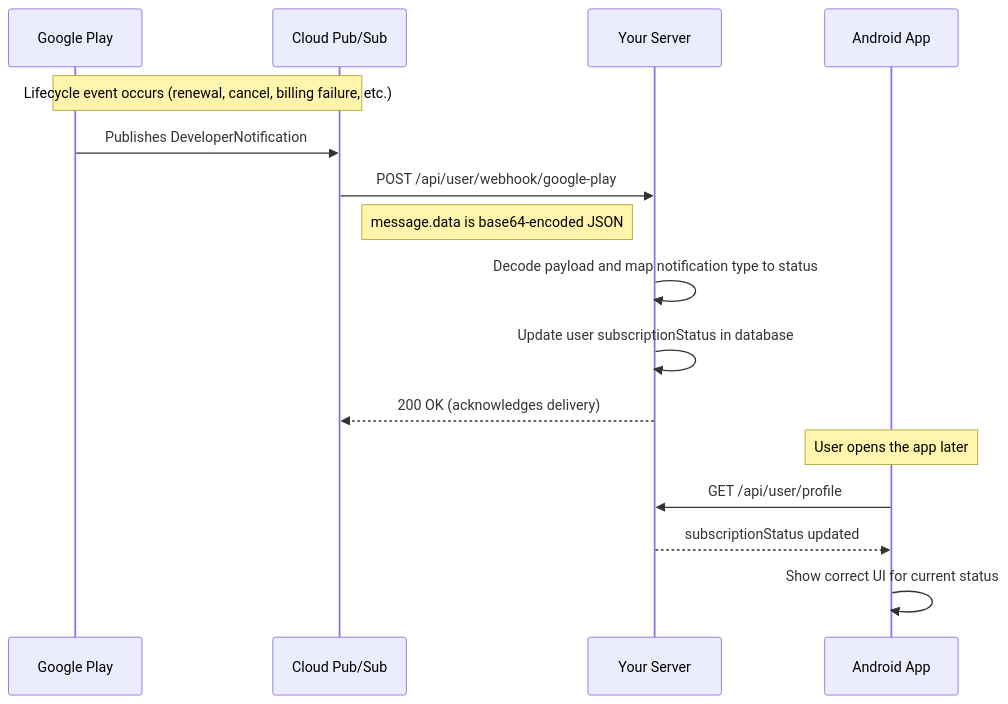
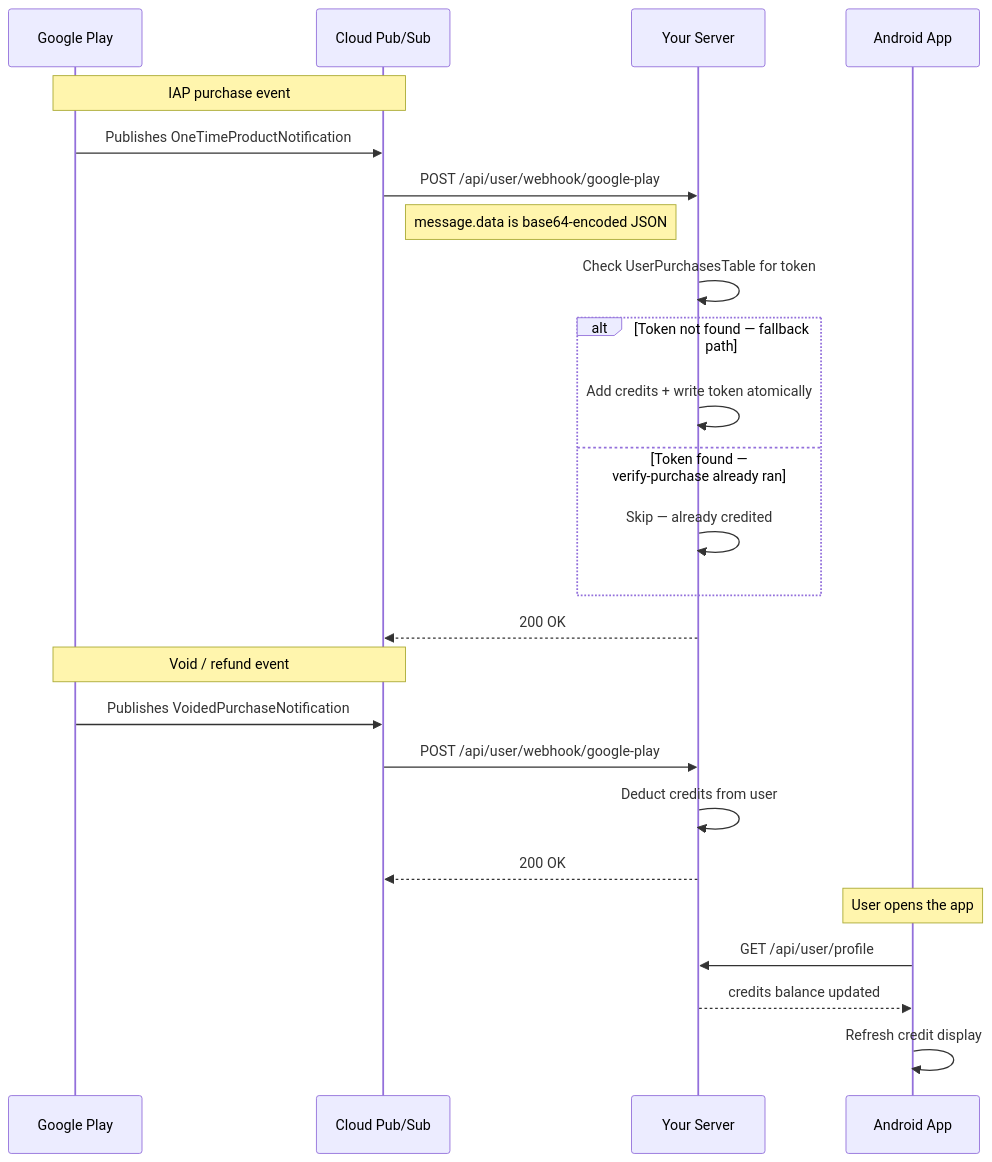
Before and after one commit to Akshay7623/ai_video_authentication_docs: the fifth of 5 diagrams in user/IAP-Docs/google-play-webhook.md, drawn with Mermaid. The commit also changed other lines of this file, not shown here.

First line of the commit message:
Revise Google Play webhook documentation

````diff
--- a/user/IAP-Docs/google-play-webhook.md
+++ b/user/IAP-Docs/google-play-webhook.md
@@ -114,20 +183,30 @@
 ```mermaid
 sequenceDiagram
     participant G as Google Play
     participant P as Cloud Pub/Sub
     participant S as Your Server
     participant A as Android App
 
-    Note over G,P: Lifecycle event occurs (renewal, cancel, billing failure, etc.)
-    G->>P: Publishes DeveloperNotification
+    Note over G,P: IAP purchase event
+    G->>P: Publishes OneTimeProductNotification
     P->>S: POST /api/user/webhook/google-play
     Note right of P: message.data is base64-encoded JSON
-    S->>S: Decode payload and map notification type to status
-    S->>S: Update user subscriptionStatus in database
-    S-->>P: 200 OK (acknowledges delivery)
+    S->>S: Check UserPurchasesTable for token
+    alt Token not found — fallback path
+        S->>S: Add credits + write token atomically
+    else Token found — verify-purchase already ran
+        S->>S: Skip — already credited
+    end
+    S-->>P: 200 OK
 
-    Note over A: User opens the app later
+    Note over G,P: Void / refund event
+    G->>P: Publishes VoidedPurchaseNotification
+    P->>S: POST /api/user/webhook/google-play
+    S->>S: Deduct credits from user
+    S-->>P: 200 OK
+
+    Note over A: User opens the app
     A->>S: GET /api/user/profile
-    S-->>A: subscriptionStatus updated
-    A->>A: Show correct UI for current status
+    S-->>A: credits balance updated
+    A->>A: Refresh credit display
 ```
````
